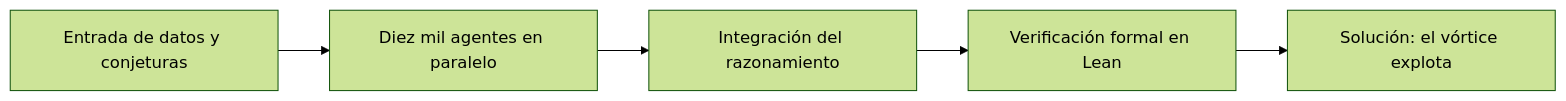
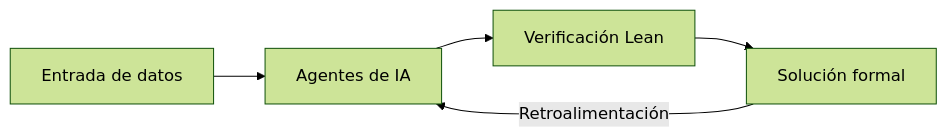
One commit to jsbaez/jsbaez.github.io changed the diagram in _posts/2026-09-08-openai-navier-stokes-solucion.md. Above: the diagram before and after it, drawn with Mermaid (forest theme). The commit also changed other lines of this file, not shown here.

````diff
--- a/_posts/2026-09-08-openai-navier-stokes-solucion.md
+++ b/_posts/2026-09-08-openai-navier-stokes-solucion.md
@@ -38,7 +32,7 @@
 ```mermaid
 flowchart LR
-    A[Entrada de datos y conjeturas] --> B[Diez mil agentes en paralelo]
-    B --> C[Integración del razonamiento]
-    C --> D[Verificación formal en Lean]
-    D --> E[Solución: el vórtice explota]
+    A[Entrada de datos] --> B[Agentes de IA]
+    B --> C[Verificación Lean]
+    C --> D[Solución formal]
+    D -->|Retroalimentación| B
 ```
````
